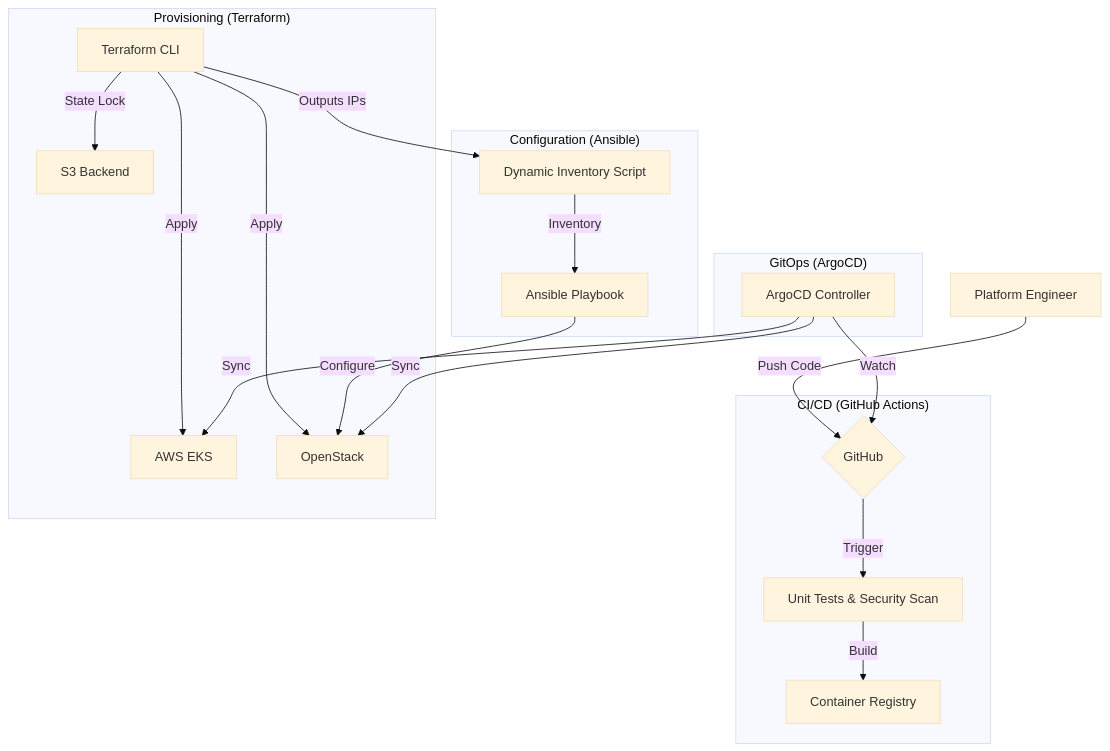
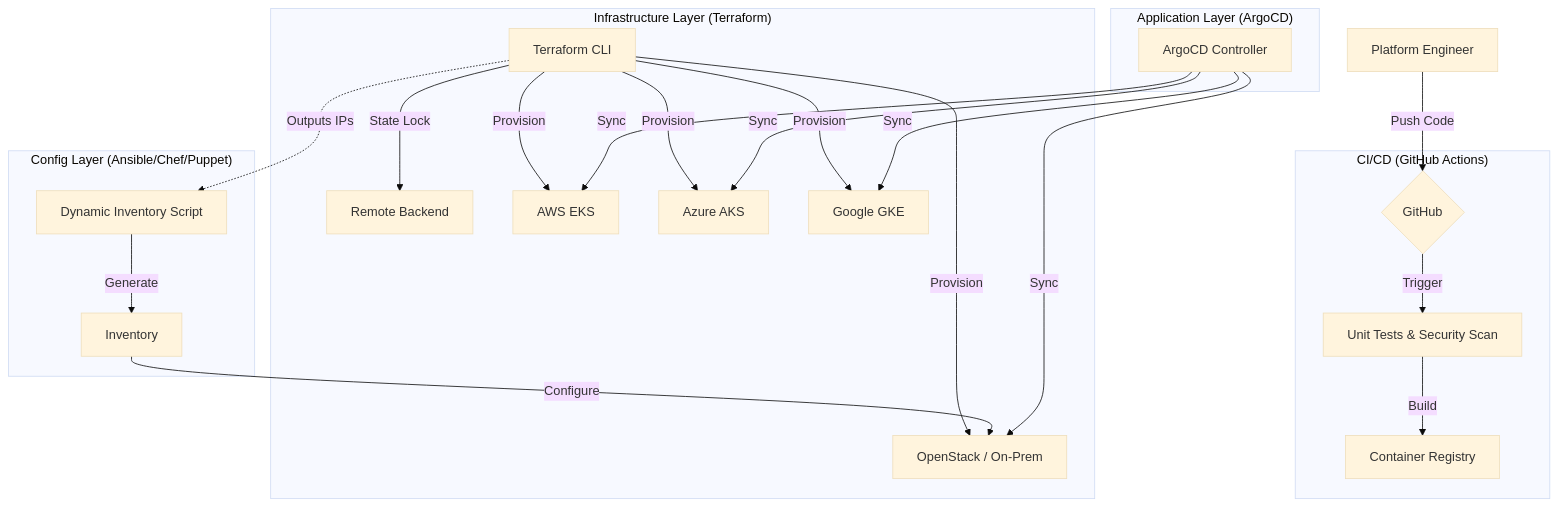
The diagram in README.md (Moiz-Ali-Moomin/enterprise-k8s-platform), drawn with Mermaid (base theme) before and after one commit. The commit also changed other lines of this file, not shown here.

````diff
--- a/README.md
+++ b/README.md
@@ -41,27 +45,30 @@
 ```mermaid
 graph TD
     User[Platform Engineer] -->|Push Code| Git{GitHub}
     
     subgraph "CI/CD (GitHub Actions)"
         Git -->|Trigger| Test[Unit Tests & Security Scan]
         Test -->|Build| Image[Container Registry]
     end
 
-    subgraph "Provisioning (Terraform)"
-        TF[Terraform CLI] -->|State Lock| S3[S3 Backend]
-        TF -->|Apply| AWS[AWS EKS]
-        TF -->|Apply| OS[OpenStack]
+    subgraph "Infrastructure Layer (Terraform)"
+        TF[Terraform CLI] -->|State Lock| Backend[Remote Backend]
+        TF -->|Provision| AWS[AWS EKS]
+        TF -->|Provision| Azure[Azure AKS]
+        TF -->|Provision| GCP[Google GKE]
+        TF -->|Provision| OpenStack[OpenStack / On-Prem]
     end
 
-    subgraph "Configuration (Ansible)"
-        TF -->|Outputs IPs| Script[Dynamic Inventory Script]
-        Script -->|Inventory| Ansible[Ansible Playbook]
-        Ansible -->|Configure| OS
+    subgraph "Config Layer (Ansible/Chef/Puppet)"
+        TF -.->|Outputs IPs| Bridge[Dynamic Inventory Script]
+        Bridge -->|Generate| Inv[Inventory]
+        Inv -->|Configure| OpenStack
     end
 
-    subgraph "GitOps (ArgoCD)"
-        Argo[ArgoCD Controller] -->|Watch| Git
-        Argo -->|Sync| AWS
-        Argo -->|Sync| OS
+    subgraph "Application Layer (ArgoCD)"
+        Argo[ArgoCD Controller] -->|Sync| AWS
+        Argo -->|Sync| Azure
+        Argo -->|Sync| GCP
+        Argo -->|Sync| OpenStack
     end
 ```
````
